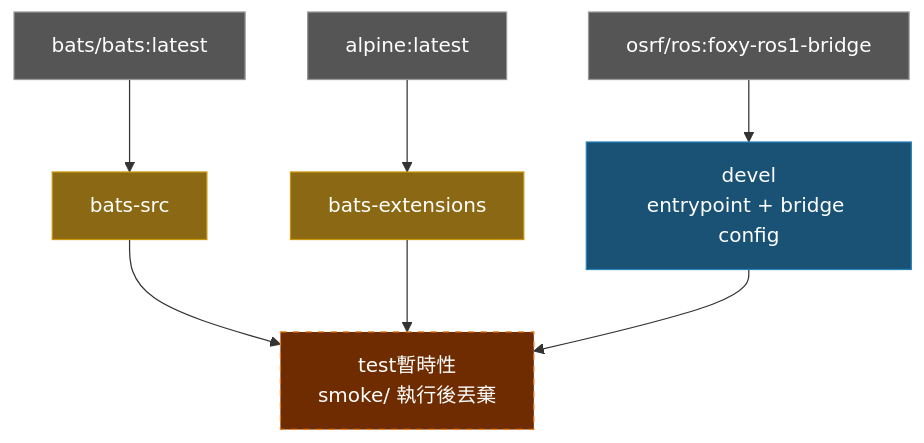
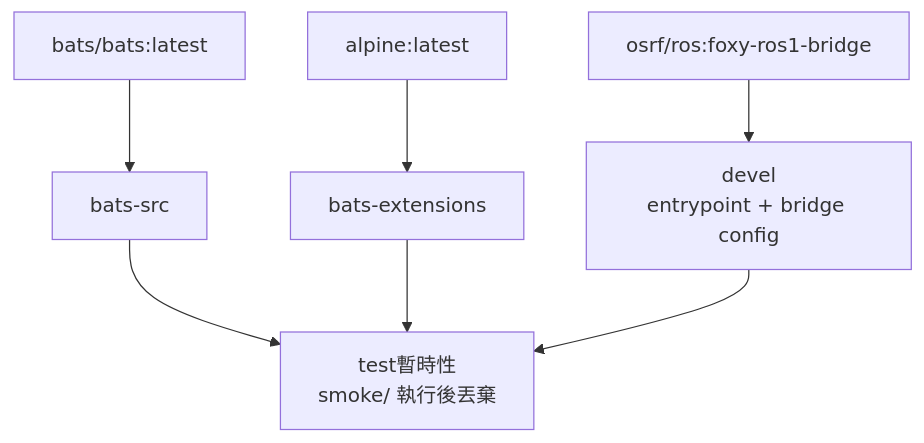
One commit to ycpss91255-docker/ros1_bridge changed the diagram in doc/README.zh-TW.md. Above: the diagram before and after it, drawn with Mermaid. The commit also changed 3 other files, not shown here.

Commit message:
docs: remove mermaid background colors from architecture diagrams

````diff
--- a/doc/README.zh-TW.md
+++ b/doc/README.zh-TW.md
@@ -99,20 +99,16 @@
 ```mermaid
 graph TD
-    EXT1["bats/bats:latest"]:::external
-    EXT2["alpine:latest"]:::external
-    EXT3["osrf/ros:foxy-ros1-bridge"]:::external
+    EXT1["bats/bats:latest"]
+    EXT2["alpine:latest"]
+    EXT3["osrf/ros:foxy-ros1-bridge"]
 
-    EXT1 --> bats-src["bats-src"]:::tool
-    EXT2 --> bats-ext["bats-extensions"]:::tool
+    EXT1 --> bats-src["bats-src"]
+    EXT2 --> bats-ext["bats-extensions"]
 
-    EXT3 --> devel["devel\nentrypoint + bridge config"]:::stage
+    EXT3 --> devel["devel\nentrypoint + bridge config"]
 
-    bats-src --> test["test暫時性\nsmoke/ 執行後丟棄"]:::ephemeral
+    bats-src --> test["test暫時性\nsmoke/ 執行後丟棄"]
     bats-ext --> test
     devel --> test
 
-    classDef external fill:#555,color:#fff,stroke:#999
-    classDef tool fill:#8B6914,color:#fff,stroke:#c8960c
-    classDef stage fill:#1a5276,color:#fff,stroke:#2980b9
-    classDef ephemeral fill:#6e2c00,color:#fff,stroke:#e67e22,stroke-dasharray:5 5
 ```
````
